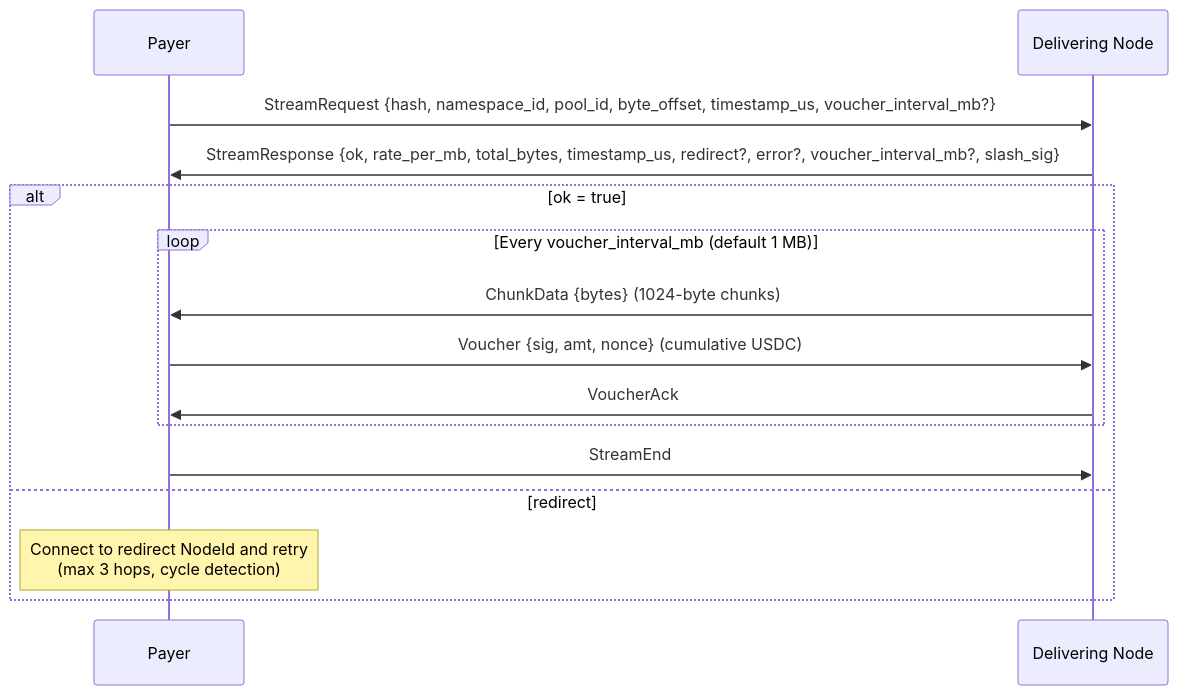
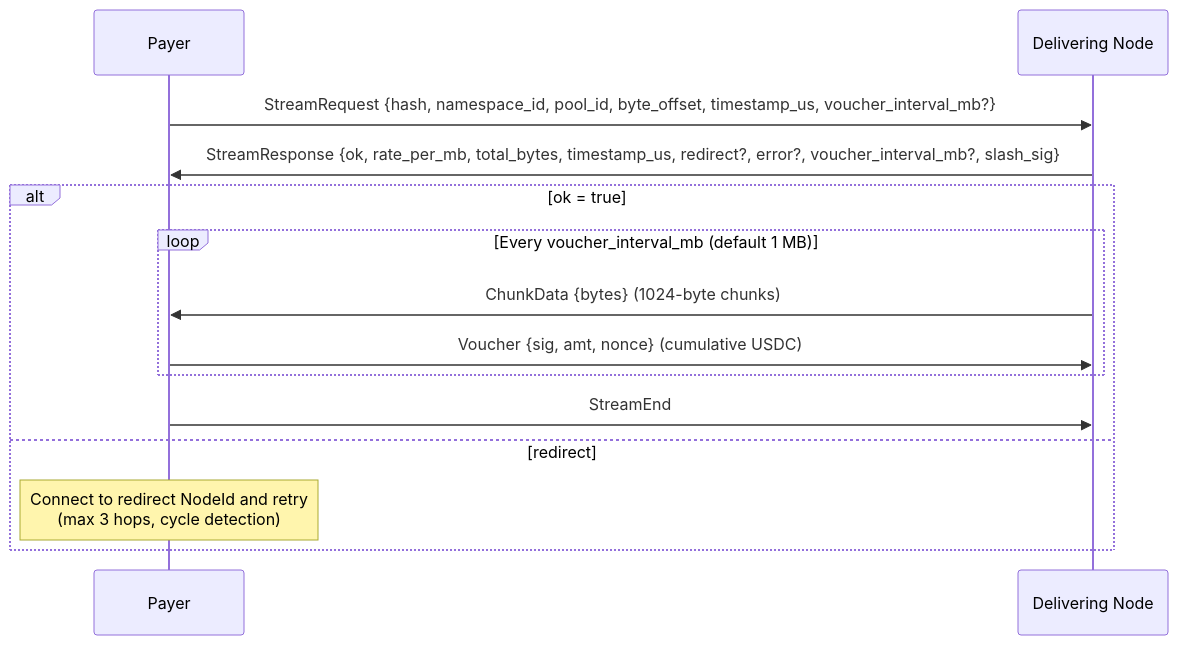
The second of 3 diagrams in adr/005-protocol.md (decdn/decdn), drawn with Mermaid before and after one commit. The commit also changed other lines of this file and 3 other files, not shown here.

First line of the commit message:
docs(adr): remove VoucherAck entirely

````diff
--- a/adr/005-protocol.md
+++ b/adr/005-protocol.md
@@ -113,19 +113,18 @@
 ```mermaid
 sequenceDiagram
     participant P as Payer
     participant D as Delivering Node
 
     P->>D: StreamRequest {hash, namespace_id, pool_id, byte_offset, timestamp_us, voucher_interval_mb?}
     D->>P: StreamResponse {ok, rate_per_mb, total_bytes, timestamp_us, redirect?, error?, voucher_interval_mb?, slash_sig}
 
     alt ok = true
         loop Every voucher_interval_mb (default 1 MB)
             D->>P: ChunkData {bytes} (1024-byte chunks)
             P->>D: Voucher {sig, amt, nonce} (cumulative USDC)
-            D->>P: VoucherAck
         end
         P->>D: StreamEnd
     else redirect
         Note over P: Connect to redirect NodeId and retry<br/>(max 3 hops, cycle detection)
     end
 ```
````
